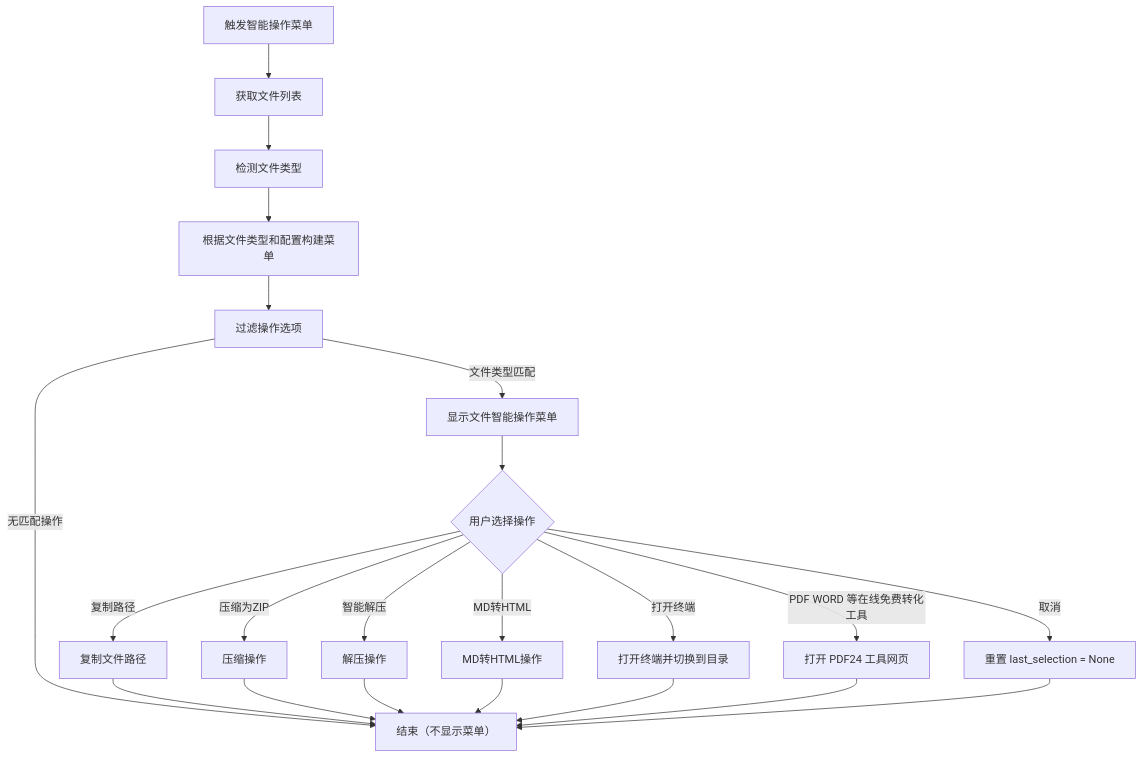
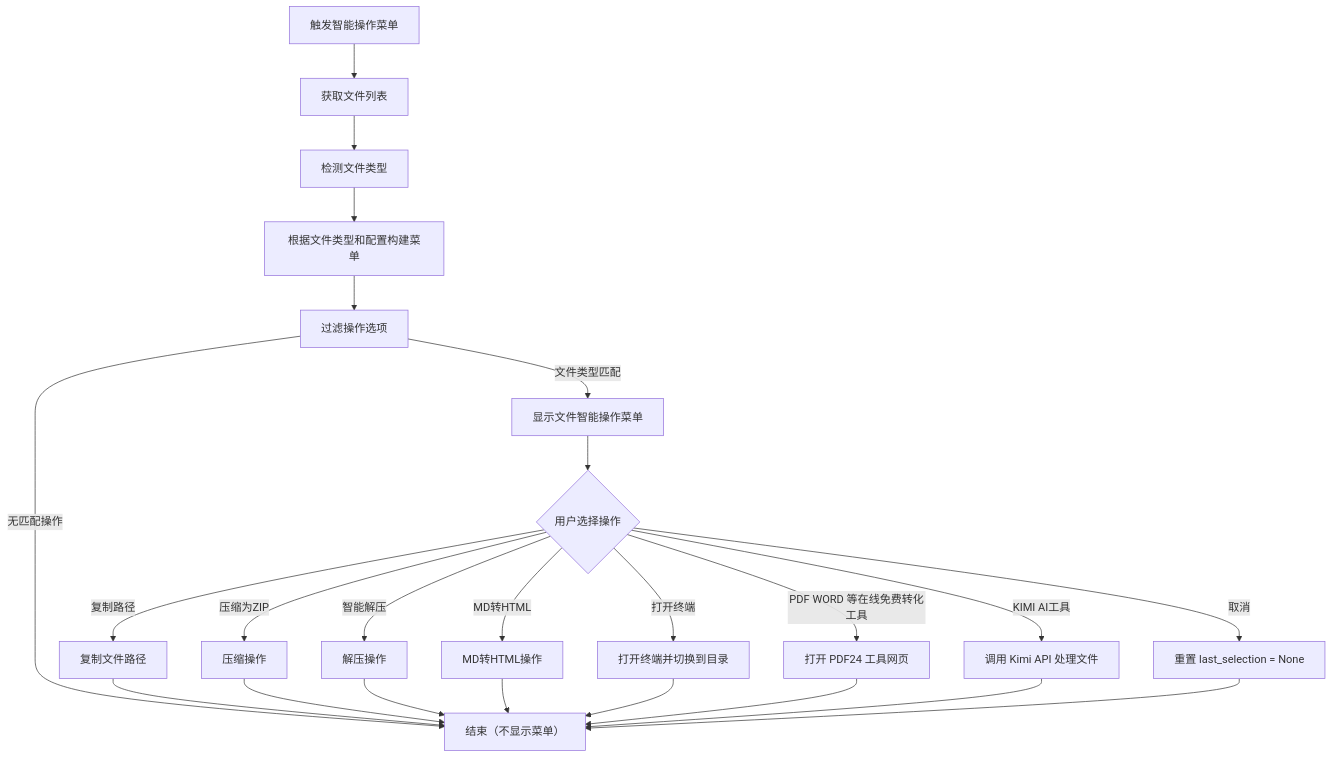
The fifth of 7 diagrams in 流程图.md (zhangs-cedar/mac-commondX), drawn with Mermaid before and after one commit. The commit also changed other lines of this file, not shown here.

Commit message:
feat: 添加 KIMI AI工具支持，增强文件处理功能和用户体验

````diff
--- a/流程图.md
+++ b/流程图.md
@@ -102,27 +102,29 @@
 ```mermaid
 flowchart TD
     StartNode["触发智能操作菜单"] --> GetFiles["获取文件列表"]
     GetFiles --> DetectTypes["检测文件类型"]
     DetectTypes --> BuildMenu["根据文件类型和配置构建菜单"]
     BuildMenu --> FilterOps["过滤操作选项"]
     FilterOps -->|"文件类型匹配"| ShowMenu["显示文件智能操作菜单"]
     FilterOps -->|"无匹配操作"| EndNode["结束（不显示菜单）"]
     
     ShowMenu --> UserChoice{"用户选择操作"}
     
     UserChoice -->|"复制路径"| CopyPaths["复制文件路径"]
     UserChoice -->|"压缩为ZIP"| Compress["压缩操作"]
     UserChoice -->|"智能解压"| Decompress["解压操作"]
     UserChoice -->|"MD转HTML"| MdToHtml["MD转HTML操作"]
     UserChoice -->|"打开终端"| OpenTerminal["打开终端并切换到目录"]
     UserChoice -->|"PDF WORD 等在线免费转化工具"| PdfEditor["打开 PDF24 工具网页"]
+    UserChoice -->|"KIMI AI工具"| KimiAi["调用 Kimi API 处理文件"]
     UserChoice -->|"取消"| ResetLastSelection["重置 last_selection = None"]
     
     CopyPaths --> EndNode
     Compress --> EndNode
     Decompress --> EndNode
     MdToHtml --> EndNode
     OpenTerminal --> EndNode
     PdfEditor --> EndNode
+    KimiAi --> EndNode
     ResetLastSelection --> EndNode
 ```
````
